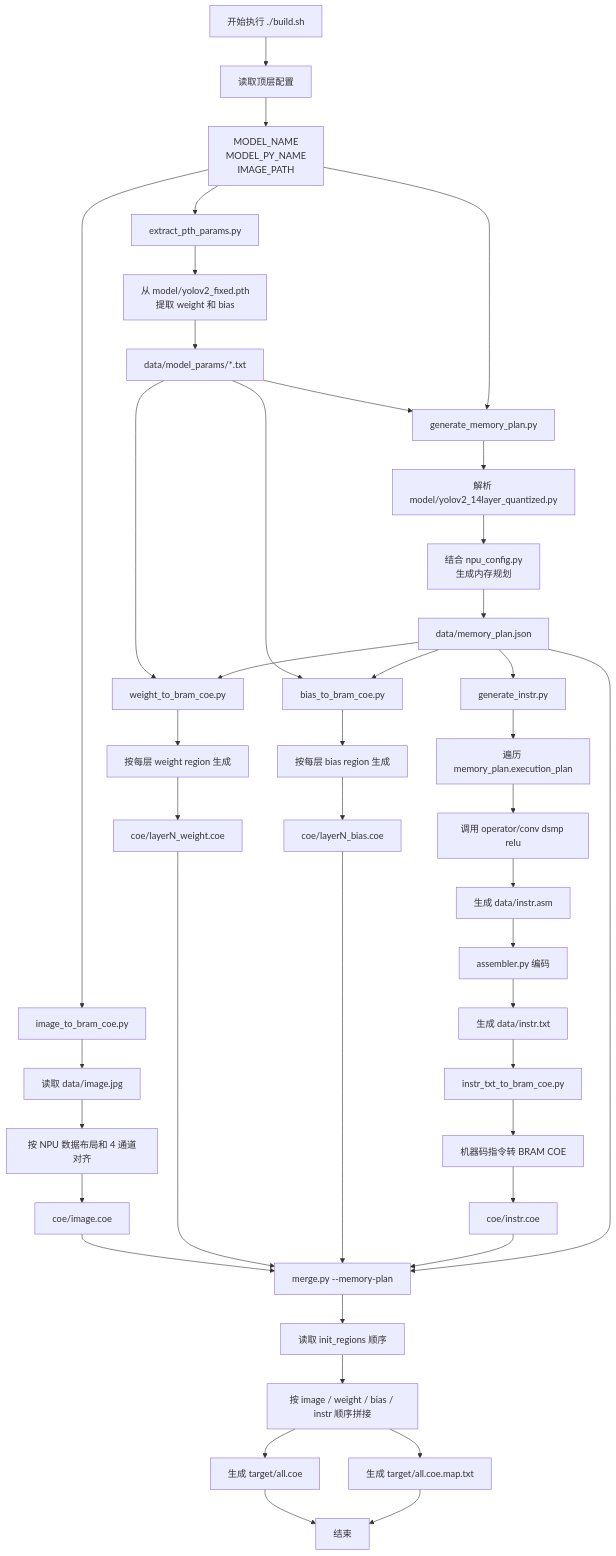
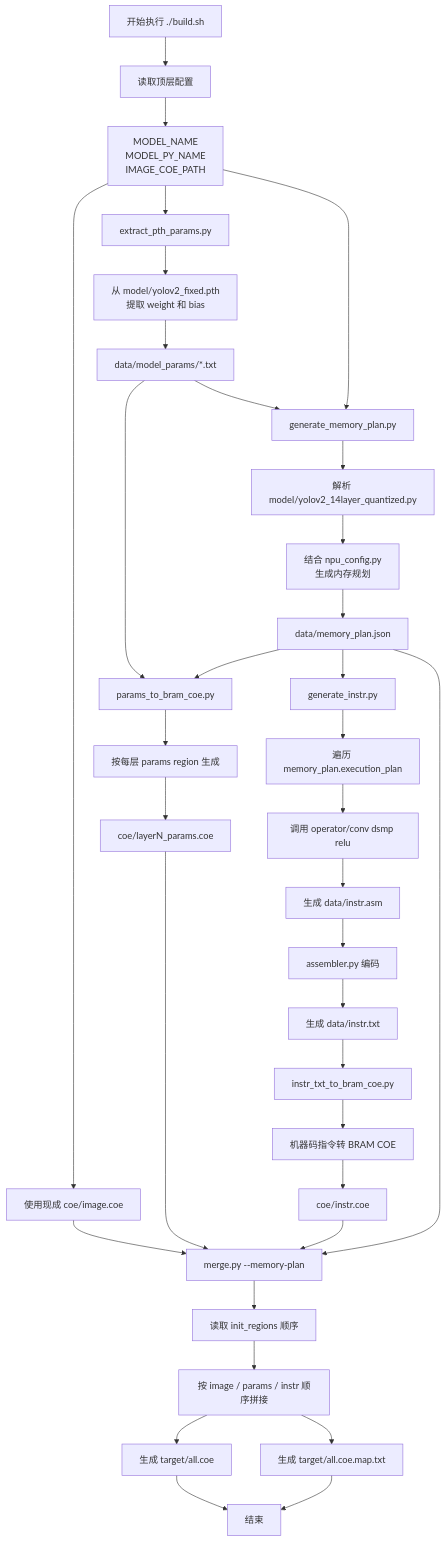
One commit to Apple-dead/F928_HSC_NPU_Compiler changed the diagram in doc/编译器整体运行流程说明.md. Above: the diagram before and after it, drawn with Mermaid. The commit also changed other lines of this file and 4 other files, not shown here.

````diff
--- a/doc/编译器整体运行流程说明.md
+++ b/doc/编译器整体运行流程说明.md
@@ -118,54 +121,45 @@
 ```mermaid
 flowchart TD
     A[开始执行 ./build.sh] --> B[读取顶层配置]
-    B --> B1[MODEL_NAME<br/>MODEL_PY_NAME<br/>IMAGE_PATH]
+    B --> B1[MODEL_NAME<br/>MODEL_PY_NAME<br/>IMAGE_COE_PATH]
 
     B1 --> C[extract_pth_params.py]
     C --> C1[从 model/yolov2_fixed.pth<br/>提取 weight 和 bias]
     C1 --> C2[data/model_params/*.txt]
 
     C2 --> D[generate_memory_plan.py]
     B1 --> D
     D --> D1[解析 model/yolov2_14layer_quantized.py]
     D1 --> D2[结合 npu_config.py<br/>生成内存规划]
     D2 --> D3[data/memory_plan.json]
 
     D3 --> E[generate_instr.py]
     E --> E1[遍历 memory_plan.execution_plan]
     E1 --> E2[调用 operator/conv dsmp relu]
     E2 --> E3[生成 data/instr.asm]
     E3 --> E4[assembler.py 编码]
     E4 --> E5[生成 data/instr.txt]
 
-    B1 --> F[image_to_bram_coe.py]
-    F --> F1[读取 data/image.jpg]
-    F1 --> F2[按 NPU 数据布局和 4 通道对齐]
-    F2 --> F3[coe/image.coe]
+    B1 --> F[使用现成 coe/image.coe]
 
-    C2 --> G[weight_to_bram_coe.py]
+    C2 --> G[params_to_bram_coe.py]
     D3 --> G
-    G --> G1[按每层 weight region 生成]
-    G1 --> G2[coe/layerN_weight.coe]
-
-    C2 --> H[bias_to_bram_coe.py]
-    D3 --> H
-    H --> H1[按每层 bias region 生成]
-    H1 --> H2[coe/layerN_bias.coe]
+    G --> G1[按每层 params region 生成]
+    G1 --> G2[coe/layerN_params.coe]
 
     E5 --> I[instr_txt_to_bram_coe.py]
     I --> I1[机器码指令转 BRAM COE]
     I1 --> I2[coe/instr.coe]
 
-    F3 --> J[merge.py --memory-plan]
+    F --> J[merge.py --memory-plan]
     G2 --> J
-    H2 --> J
     I2 --> J
     D3 --> J
     J --> J1[读取 init_regions 顺序]
-    J1 --> J2[按 image / weight / bias / instr 顺序拼接]
+    J1 --> J2[按 image / params / instr 顺序拼接]
     J2 --> J3[生成 target/all.coe]
     J2 --> J4[生成 target/all.coe.map.txt]
 
     J3 --> K[结束]
     J4 --> K
 ```
````
